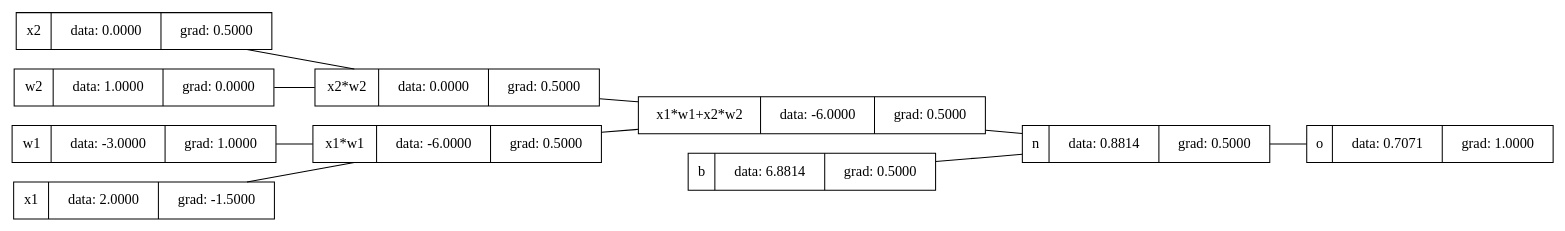
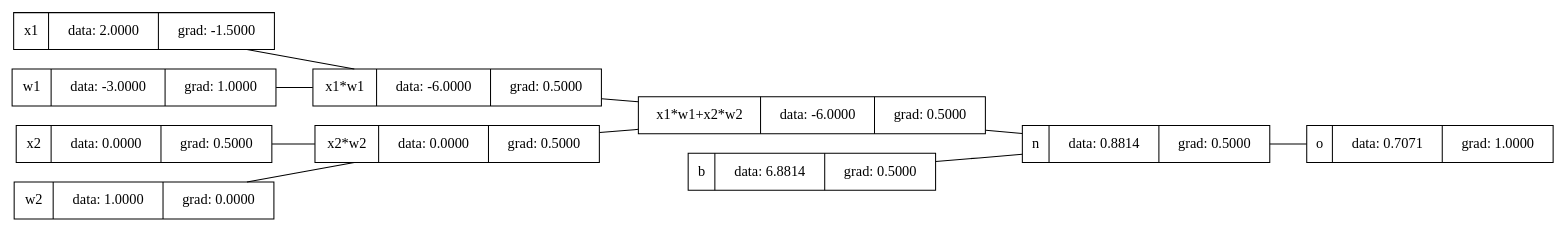
The diagram in graph/graph_o2.gv (iiam33/tiny-autograd), drawn with Graphviz before and after one commit. The commit also changed 2 other files, not shown here.

```diff
--- a/graph/graph_o2.gv
+++ b/graph/graph_o2.gv
@@ -1,22 +1,22 @@
 graph {
 	graph [rankdir=LR]
-	140647732314176 [label="{x2 | data: 0.0000 | grad: 0.5000}" shape=record]
-	140647728584864 [label="{o | data: 0.7071 | grad: 1.0000}" shape=record]
-	140647728584384 [label="{x1*w1+x2*w2 | data: -6.0000 | grad: 0.5000}" shape=record]
-	140647732314320 [label="{w1 | data: -3.0000 | grad: 1.0000}" shape=record]
-	140647728583904 [label="{x1*w1 | data: -6.0000 | grad: 0.5000}" shape=record]
-	140647732327808 [label="{x1 | data: 2.0000 | grad: -1.5000}" shape=record]
-	140647728583568 [label="{b | data: 6.8814 | grad: 0.5000}" shape=record]
-	140647728584624 [label="{n | data: 0.8814 | grad: 0.5000}" shape=record]
-	140647728583616 [label="{w2 | data: 1.0000 | grad: 0.0000}" shape=record]
-	140647728584144 [label="{x2*w2 | data: 0.0000 | grad: 0.5000}" shape=record]
-	140647728583904 -- 140647728584384
-	140647728584384 -- 140647728584624
-	140647728583616 -- 140647728584144
-	140647728584624 -- 140647728584864
-	140647732314320 -- 140647728583904
-	140647728584144 -- 140647728584384
-	140647728583568 -- 140647728584624
-	140647732327808 -- 140647728583904
-	140647732314176 -- 140647728584144
+	139746808715280 [label="{o | data: 0.7071 | grad: 1.0000}" shape=record]
+	139746808714800 [label="{x1*w1+x2*w2 | data: -6.0000 | grad: 0.5000}" shape=record]
+	139746812296256 [label="{x2 | data: 0.0000 | grad: 0.5000}" shape=record]
+	139746808714320 [label="{x1*w1 | data: -6.0000 | grad: 0.5000}" shape=record]
+	139746812296352 [label="{x1 | data: 2.0000 | grad: -1.5000}" shape=record]
+	139746808713984 [label="{b | data: 6.8814 | grad: 0.5000}" shape=record]
+	139746808715040 [label="{n | data: 0.8814 | grad: 0.5000}" shape=record]
+	139746808714032 [label="{w2 | data: 1.0000 | grad: 0.0000}" shape=record]
+	139746808714560 [label="{x2*w2 | data: 0.0000 | grad: 0.5000}" shape=record]
+	139746812292512 [label="{w1 | data: -3.0000 | grad: 1.0000}" shape=record]
+	139746808715040 -- 139746808715280
+	139746808714560 -- 139746808714800
+	139746808714320 -- 139746808714800
+	139746812292512 -- 139746808714320
+	139746808714800 -- 139746808715040
+	139746812296256 -- 139746808714560
+	139746812296352 -- 139746808714320
+	139746808713984 -- 139746808715040
+	139746808714032 -- 139746808714560
 }
```
